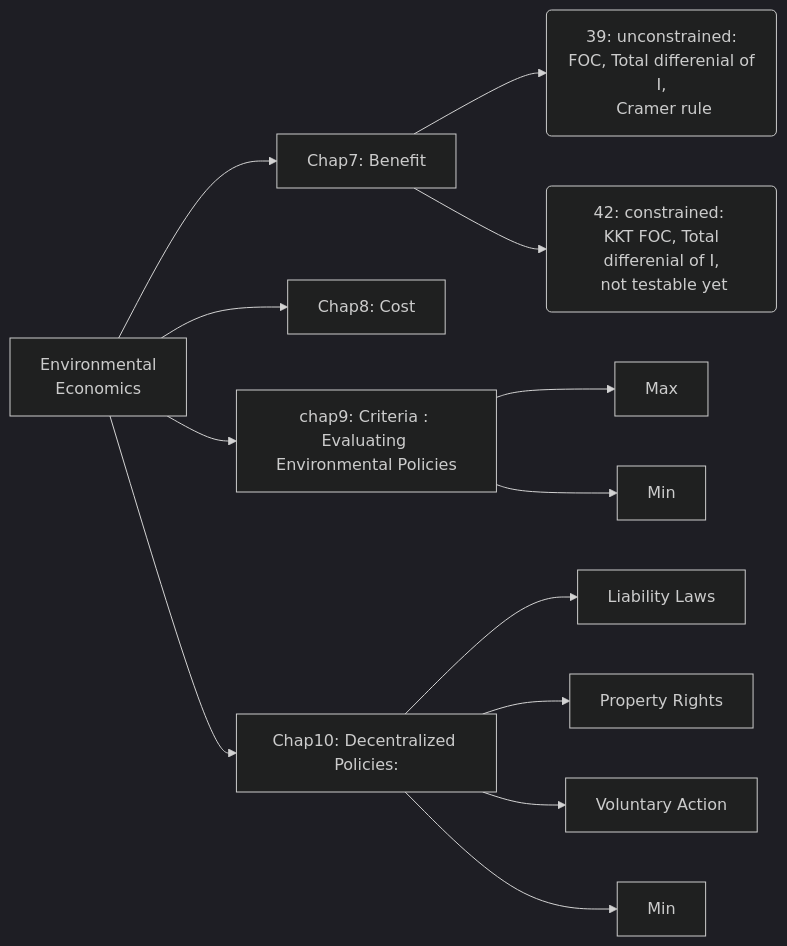
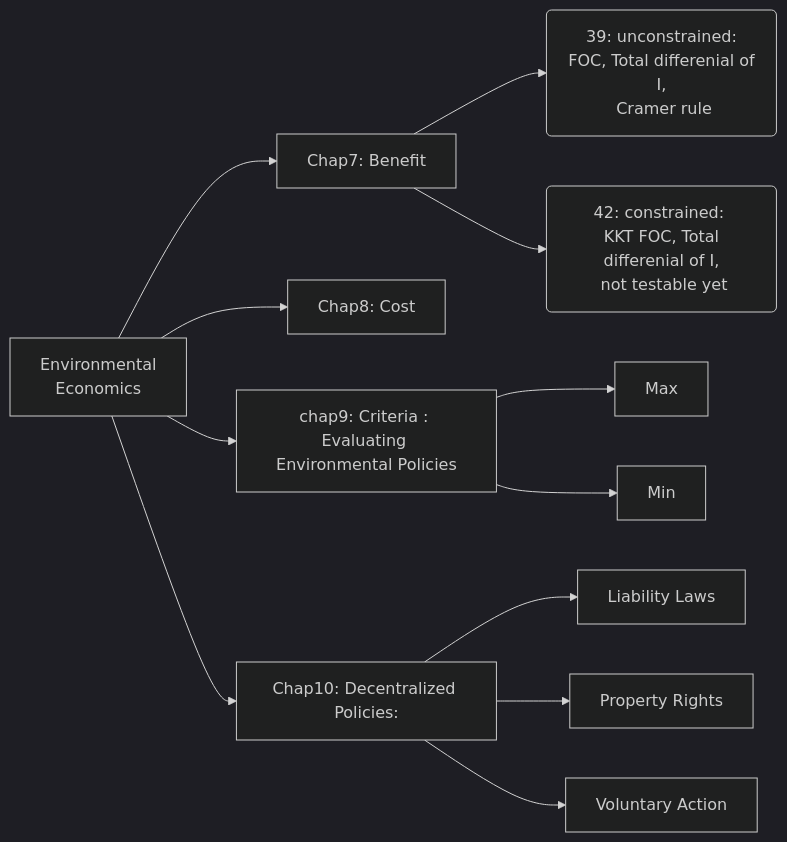
The diagram in _posts/2017-04-13-381-final-2017.md (snowdj/ECON), drawn with Mermaid (dark theme) before and after one commit.

```diff
--- a/_posts/2017-04-13-381-final-2017.md
+++ b/_posts/2017-04-13-381-final-2017.md
@@ -22,16 +22,15 @@
 <div class="mermaid">
 graph LR
       id0[Environmental <br> Economics]-->id1[Chap7: Benefit]
       id0[Environmental <br> Economics]-->id2[Chap8: Cost]
       id0[Environmental <br> Economics]-->id3[chap9: Criteria : <br>Evaluating Environmental Policies]
       id0[Environmental <br> Economics]-->id4[Chap10: Decentralized Policies:]
      id3-->id5[Max]
      id3-->id6[Min]
      id4-->id9[Liability Laws]
      id4-->id10[Property Rights]
      id4-->id11[Voluntary Action]
-     id4-->Min
      id1-->id7(39: unconstrained:<br> FOC, Total differenial of I,<br> Cramer rule  )
      id1-->id8(42: constrained: <br> KKT FOC, Total differenial of I,<br> not testable yet)
      
  </div>
```
